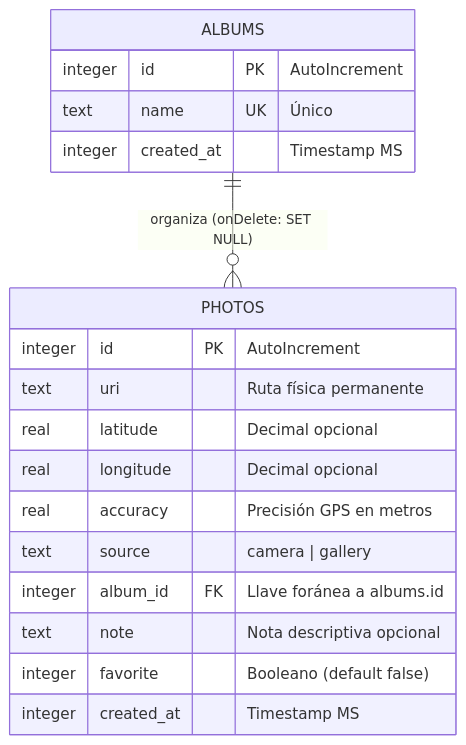
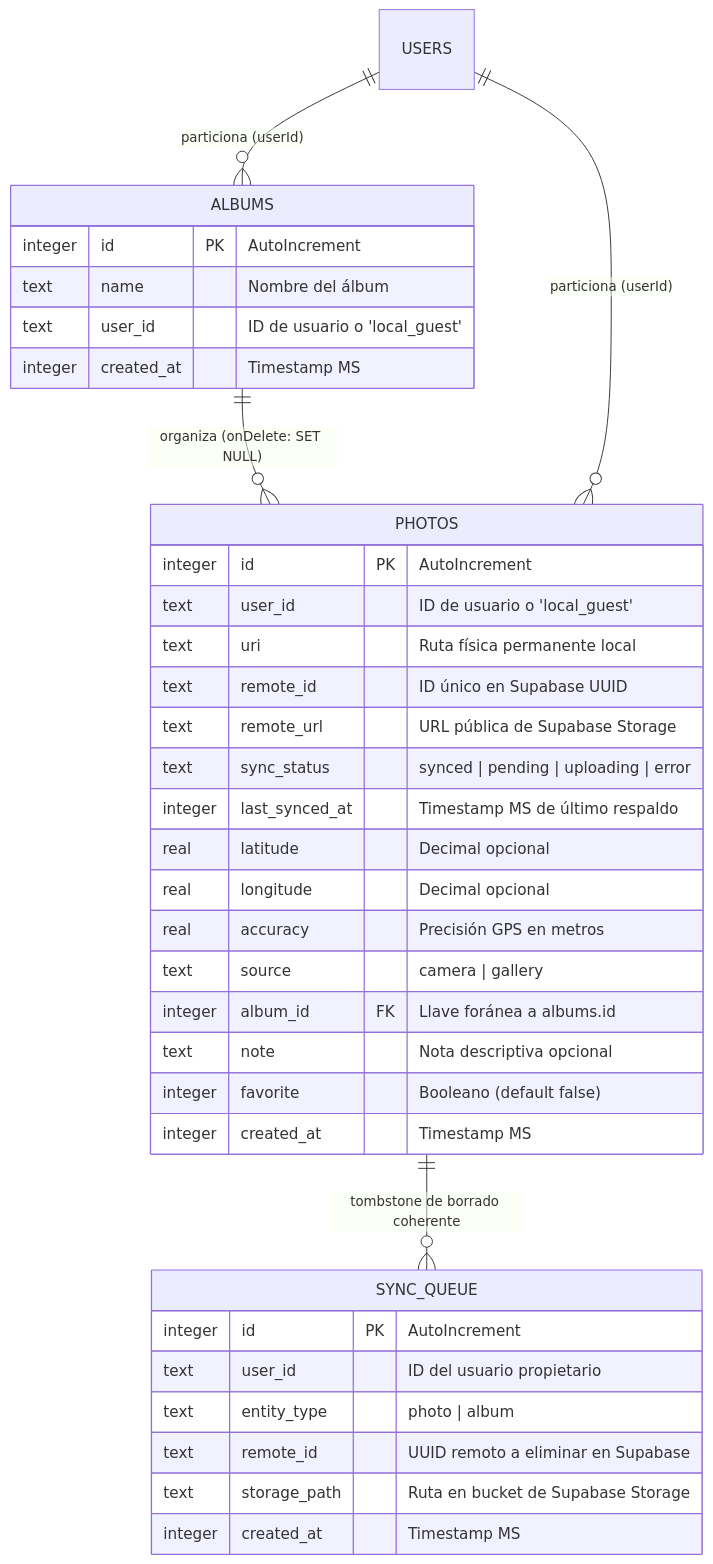
Before and after one commit to FritzOp/taller-modulos-sensores: the diagram in README.md, drawn with Mermaid. The commit also changed other lines of this file and 33 other files, not shown here.

Commit message:
feat: implement reliable supabase backup with pending sync, coherent deletion, and user isolation

````diff
--- a/README.md
+++ b/README.md
@@ -25,21 +56,41 @@
 ```mermaid
 erDiagram
     ALBUMS ||--o{ PHOTOS : "organiza (onDelete: SET NULL)"
+    USERS ||--o{ ALBUMS : "particiona (userId)"
+    USERS ||--o{ PHOTOS : "particiona (userId)"
+    PHOTOS ||--o{ SYNC_QUEUE : "tombstone de borrado coherente"
+
     ALBUMS {
         integer id PK "AutoIncrement"
-        text name UK "Único"
+        text name "Nombre del álbum"
+        text user_id "ID de usuario o 'local_guest'"
         integer created_at "Timestamp MS"
     }
+
     PHOTOS {
         integer id PK "AutoIncrement"
-        text uri "Ruta física permanente"
+        text user_id "ID de usuario o 'local_guest'"
+        text uri "Ruta física permanente local"
+        text remote_id "ID único en Supabase UUID"
+        text remote_url "URL pública de Supabase Storage"
+        text sync_status "synced | pending | uploading | error"
+        integer last_synced_at "Timestamp MS de último respaldo"
         real latitude "Decimal opcional"
         real longitude "Decimal opcional"
         real accuracy "Precisión GPS en metros"
         text source "camera | gallery"
         integer album_id FK "Llave foránea a albums.id"
         text note "Nota descriptiva opcional"
         integer favorite "Booleano (default false)"
         integer created_at "Timestamp MS"
     }
+
+    SYNC_QUEUE {
+        integer id PK "AutoIncrement"
+        text user_id "ID del usuario propietario"
+        text entity_type "photo | album"
+        text remote_id "UUID remoto a eliminar en Supabase"
+        text storage_path "Ruta en bucket de Supabase Storage"
+        integer created_at "Timestamp MS"
+    }
 ```
````
